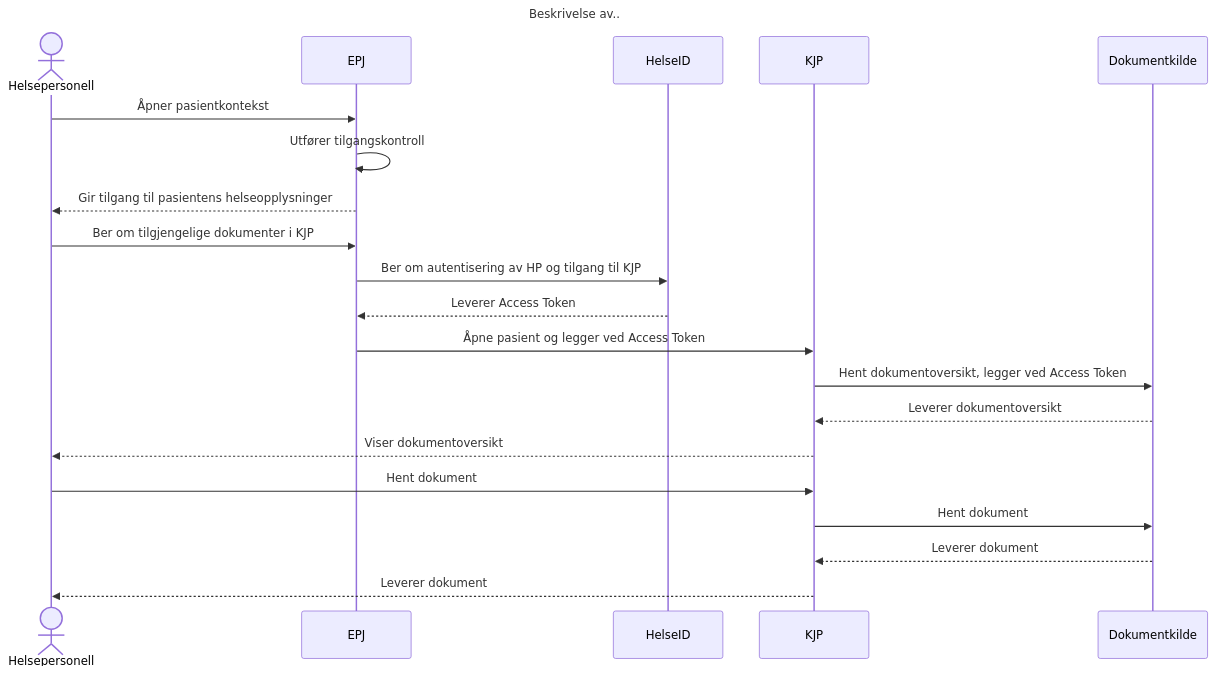
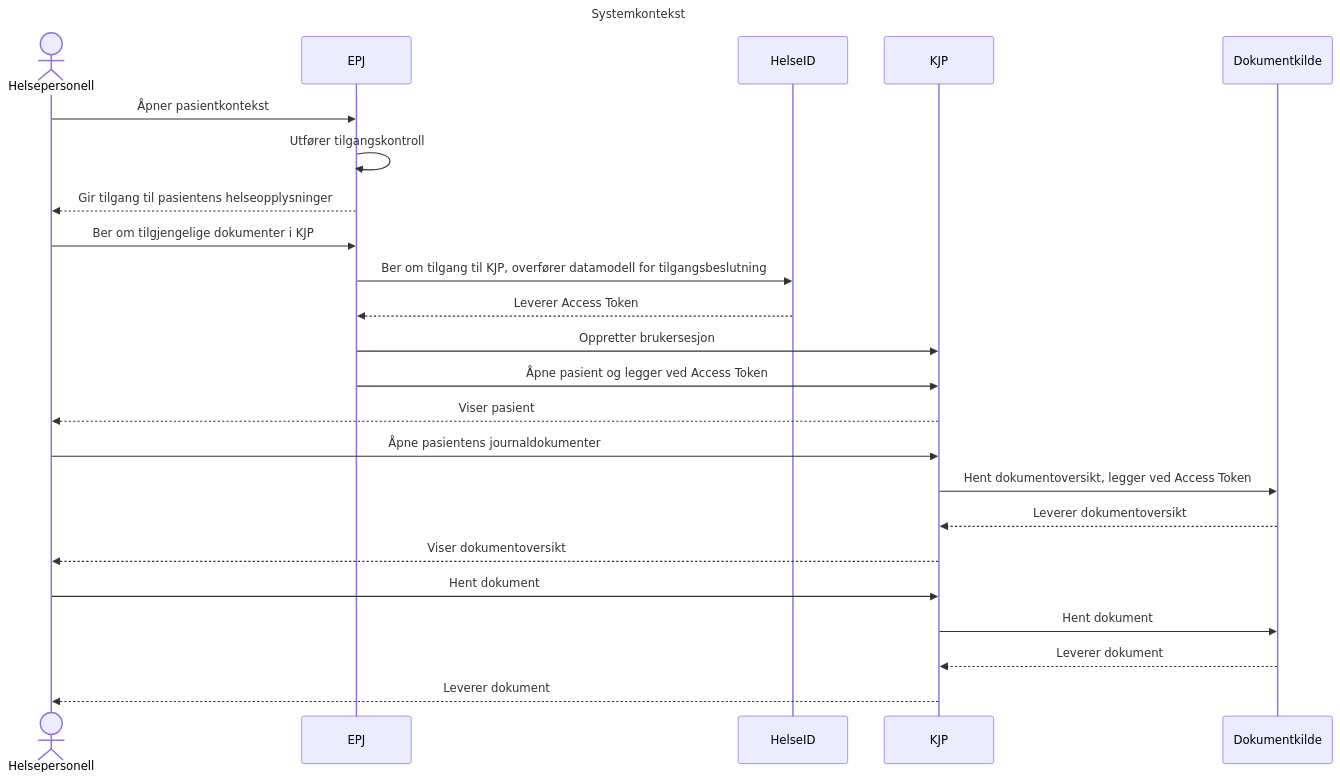
One commit to NorskHelsenett/Tillitsrammeverk changed the first of 12 diagrams in specs/dokumentdeling_overordnet_spec.md. Above: the diagram before and after it, drawn with Mermaid. The commit also changed other lines of this file and 1 other file, not shown here.

Commit message:
Sekvensdiagram og spesifikasjoner

`````diff
--- a/specs/dokumentdeling_overordnet_spec.md
+++ b/specs/dokumentdeling_overordnet_spec.md
@@ -46,25 +59,28 @@
 ````mermaid
 sequenceDiagram 
-title Beskrivelse av..
+title Systemkontekst
 
 actor HP as Helsepersonell
 participant EPJ
 participant HelseID
 participant KJP
 participant Dokumentkilde
 
 HP->>EPJ: Åpner pasientkontekst
 EPJ->>EPJ: Utfører tilgangskontroll
 EPJ-->>HP: Gir tilgang til pasientens helseopplysninger
 HP->>EPJ: Ber om tilgjengelige dokumenter i KJP
-EPJ->>HelseID: Ber om autentisering av HP og tilgang til KJP
+EPJ->>HelseID: Ber om tilgang til KJP, overfører datamodell for tilgangsbeslutning
 HelseID-->>EPJ: Leverer Access Token
+EPJ->>KJP: Oppretter brukersesjon
 EPJ->>KJP: Åpne pasient og legger ved Access Token
+KJP-->>HP: Viser pasient
+HP->>KJP: Åpne pasientens journaldokumenter
 KJP->>Dokumentkilde: Hent dokumentoversikt, legger ved Access Token
 Dokumentkilde-->>KJP: Leverer dokumentoversikt
 KJP-->>HP: Viser dokumentoversikt
 HP->>KJP: Hent dokument
 KJP->>Dokumentkilde: Hent dokument
 Dokumentkilde-->>KJP: Leverer dokument
 KJP-->>HP: Leverer dokument
 ````
`````
